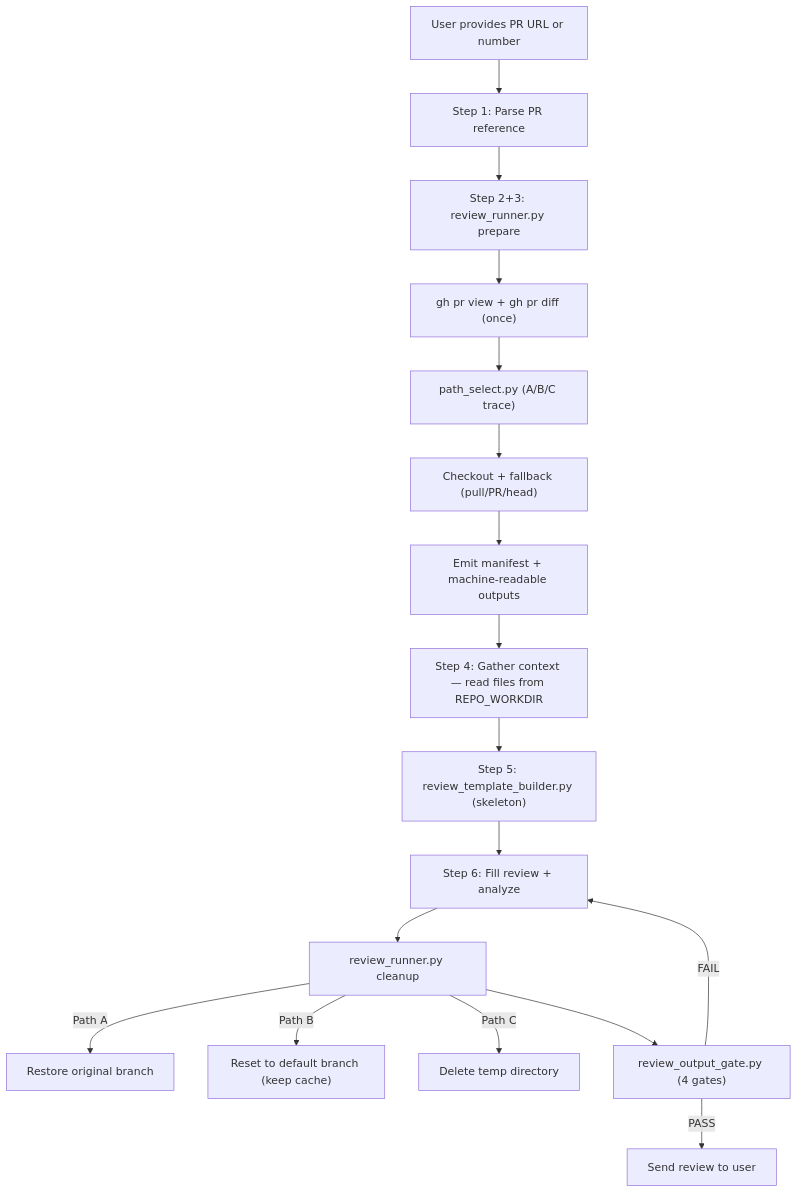
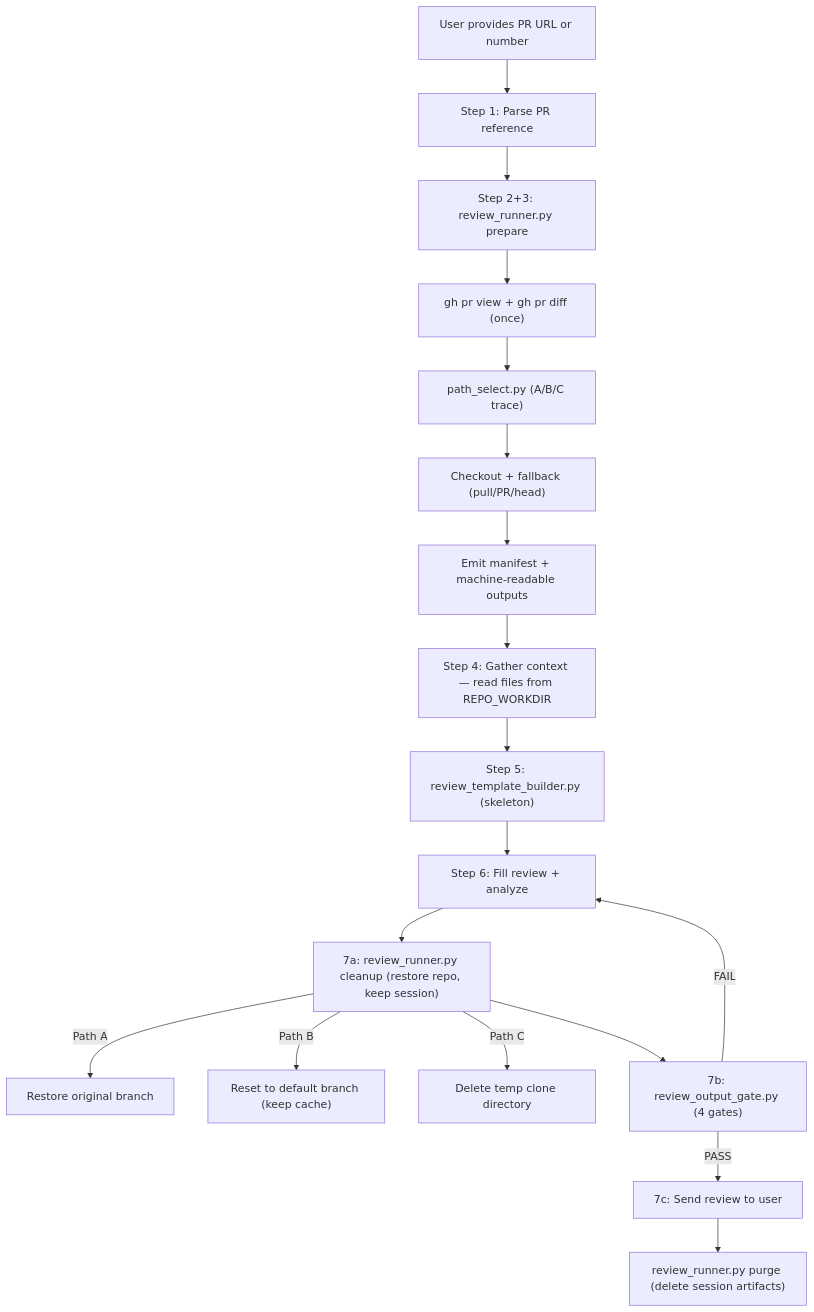
One commit to jie-meng/ai-skills changed the first of 3 diagrams in mythril_agent_skills/skills/github-code-review-pr/README.md. Above: the diagram before and after it, drawn with Mermaid. The commit also changed other lines of this file and 2 other files, not shown here.

Commit message:
[github-code-review-pr] split cleanup into cleanup + purge; keep session files for gate validation

````diff
--- a/mythril_agent_skills/skills/github-code-review-pr/README.md
+++ b/mythril_agent_skills/skills/github-code-review-pr/README.md
@@ -68,23 +74,25 @@
 ```mermaid
 flowchart TD
     A["User provides PR URL or number"] --> B["Step 1: Parse PR reference"]
     B --> C["Step 2+3: review_runner.py prepare"]
     C --> C1["gh pr view + gh pr diff (once)"]
     C1 --> C2["path_select.py (A/B/C trace)"]
     C2 --> C3["Checkout + fallback (pull/PR/head)"]
     C3 --> C4["Emit manifest + machine-readable outputs"]
 
     C4 --> H["Step 4: Gather context — read files from REPO_WORKDIR"]
 
     H --> T["Step 5: review_template_builder.py (skeleton)"]
     T --> I["Step 6: Fill review + analyze"]
 
-    I --> J["review_runner.py cleanup"]
+    I --> J["7a: review_runner.py cleanup (restore repo, keep session)"]
     J -->|"Path A"| J1["Restore original branch"]
     J -->|"Path B"| J2["Reset to default branch (keep cache)"]
-    J -->|"Path C"| J3["Delete temp directory"]
+    J -->|"Path C"| J3["Delete temp clone directory"]
 
-    J --> G["review_output_gate.py (4 gates)"]
-    G -->|"PASS"| K["Send review to user"]
+    J --> G["7b: review_output_gate.py (4 gates)"]
+    G -->|"PASS"| K["7c: Send review to user"]
     G -->|"FAIL"| I
+
+    K --> P["review_runner.py purge (delete session artifacts)"]
 ```
````
